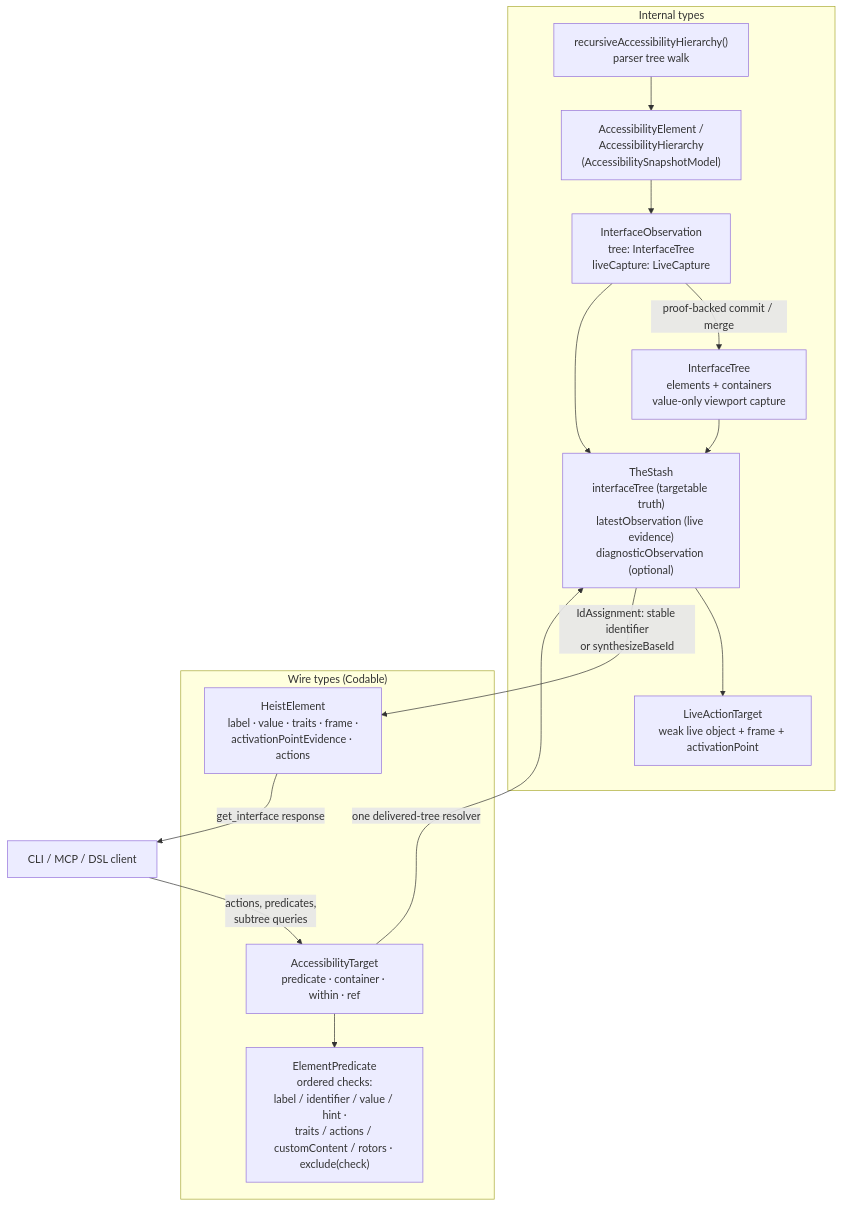
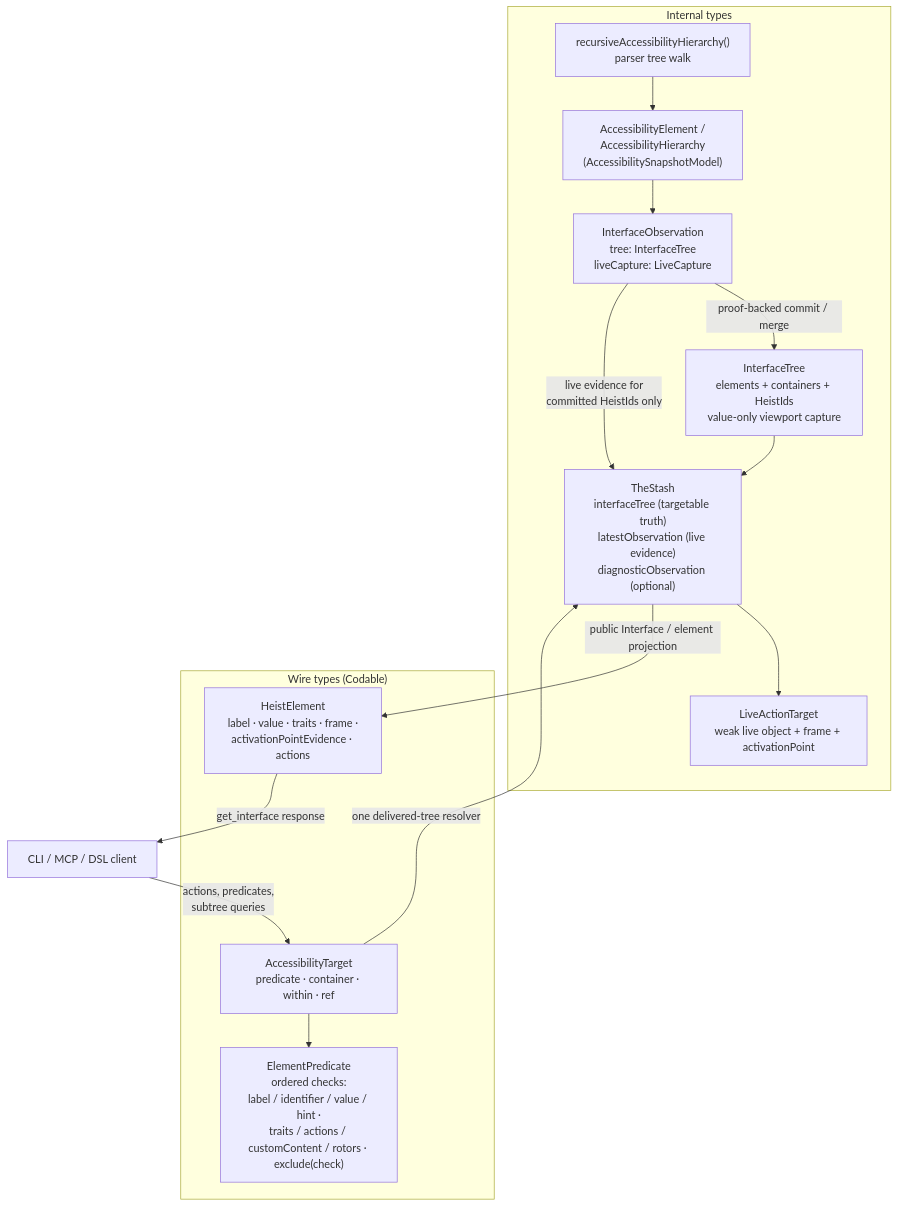
Before and after one commit to RoyalPineapple/TheButtonHeist: the diagram in docs/diagrams/currency-types.md, drawn with Mermaid. The commit also changed other lines of this file and 7 other files, not shown here.

````diff
--- a/docs/diagrams/currency-types.md
+++ b/docs/diagrams/currency-types.md
@@ -8,32 +8,32 @@
 ```mermaid
 flowchart TD
     subgraph internal["Internal types"]
         WALK["recursiveAccessibilityHierarchy()<br/>parser tree walk"]
         AXE["AccessibilityElement /<br/>AccessibilityHierarchy<br/>(AccessibilitySnapshotModel)"]
         OBS["InterfaceObservation<br/>tree: InterfaceTree<br/>liveCapture: LiveCapture"]
-        TREE["InterfaceTree<br/>elements + containers<br/>value-only viewport capture"]
+        TREE["InterfaceTree<br/>elements + containers + HeistIds<br/>value-only viewport capture"]
         STASH["TheStash<br/>interfaceTree (targetable truth)<br/>latestObservation (live evidence)<br/>diagnosticObservation (optional)"]
         LIVET["LiveActionTarget<br/>weak live object + frame + activationPoint"]
         WALK --> AXE
         AXE --> OBS
         OBS -- "proof-backed commit / merge" --> TREE
-        OBS --> STASH
+        OBS -- "live evidence for<br/>committed HeistIds only" --> STASH
         TREE --> STASH
         STASH --> LIVET
     end
 
     subgraph wireTypes["Wire types (Codable)"]
         HE["HeistElement<br/>label · value · traits · frame ·<br/>activationPointEvidence · actions"]
         ET["AccessibilityTarget<br/>predicate · container · within · ref"]
         EP["ElementPredicate<br/>ordered checks:<br/>label / identifier / value / hint ·<br/>traits / actions / customContent / rotors · exclude(check)"]
         HE ~~~ ET
         ET --> EP
     end
 
     CLIENT["CLI / MCP / DSL client"]
 
-    STASH -- "IdAssignment: stable identifier<br/>or synthesizeBaseId" --> HE
+    STASH -- "public Interface / element projection" --> HE
     HE -- "get_interface response" --> CLIENT
     CLIENT -- "actions, predicates,<br/>subtree queries" --> ET
     ET -- "one delivered-tree resolver" --> STASH
 ```
````
